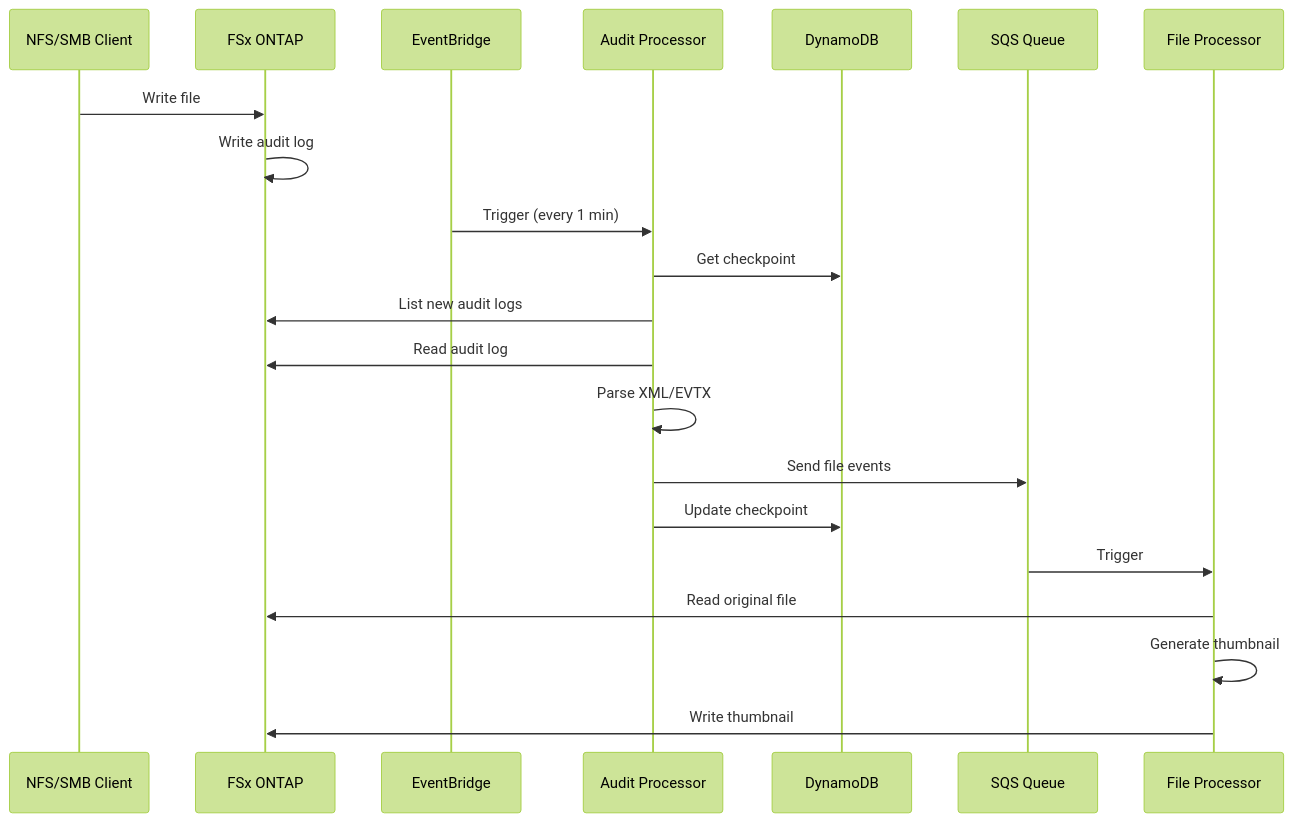
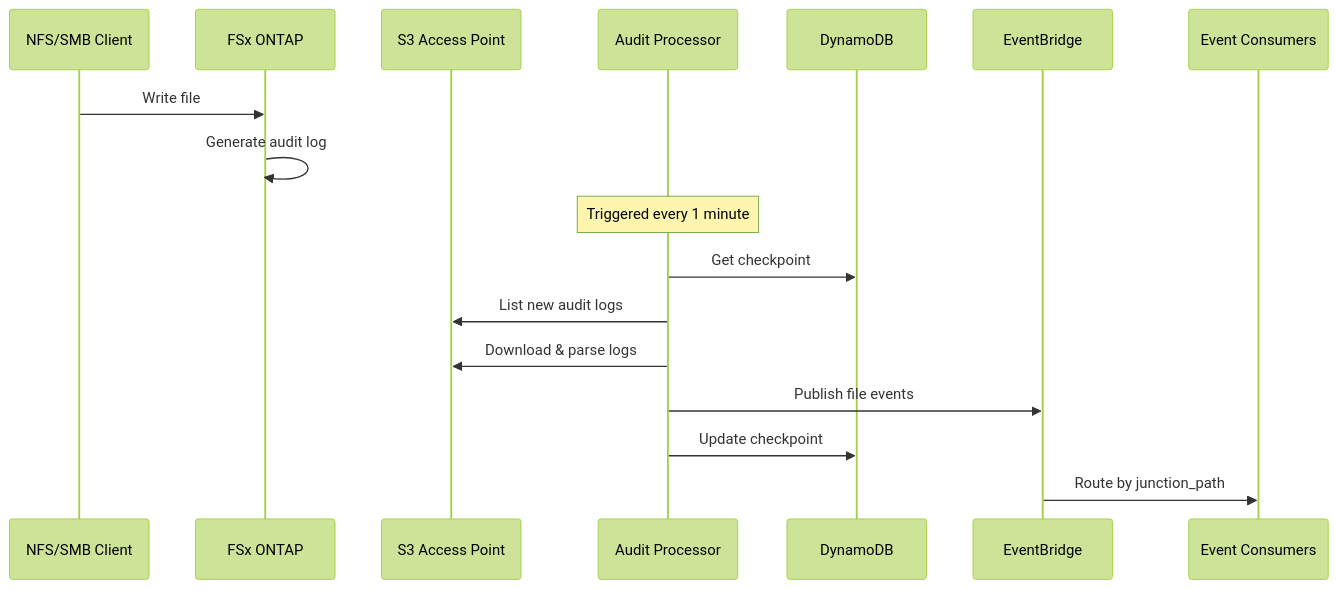
Before and after one commit to aws-samples/sample-fsx-ontap-audit-events: the second of 2 diagrams in .agents/summary/architecture.md, drawn with Mermaid (forest theme). The commit also changed other lines of this file and 20 other files, not shown here.

````diff
--- a/.agents/summary/architecture.md
+++ b/.agents/summary/architecture.md
@@ -27,24 +59,20 @@
 ```mermaid
 sequenceDiagram
     participant Client as NFS/SMB Client
     participant FSx as FSx ONTAP
+    participant S3 as S3 Access Point
+    participant Lambda as Audit Processor
+    participant DDB as DynamoDB
     participant EB as EventBridge
-    participant AP as Audit Processor
-    participant DDB as DynamoDB
-    participant SQS as SQS Queue
-    participant FP as File Processor
-    
+    participant Consumer as Event Consumers
+
     Client->>FSx: Write file
-    FSx->>FSx: Write audit log
-    EB->>AP: Trigger (every 1 min)
-    AP->>DDB: Get checkpoint
-    AP->>FSx: List new audit logs
-    AP->>FSx: Read audit log
-    AP->>AP: Parse XML/EVTX
-    AP->>SQS: Send file events
-    AP->>DDB: Update checkpoint
-    SQS->>FP: Trigger
-    FP->>FSx: Read original file
-    FP->>FP: Generate thumbnail
-    FP->>FSx: Write thumbnail
+    FSx->>FSx: Generate audit log
+    Note over Lambda: Triggered every 1 minute
+    Lambda->>DDB: Get checkpoint
+    Lambda->>S3: List new audit logs
+    Lambda->>S3: Download & parse logs
+    Lambda->>EB: Publish file events
+    Lambda->>DDB: Update checkpoint
+    EB->>Consumer: Route by junction_path
 ```
````
